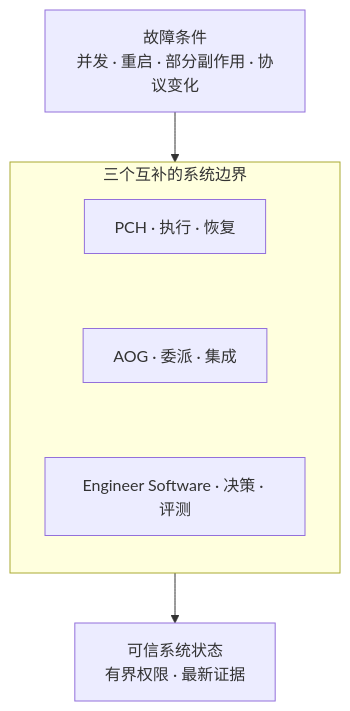
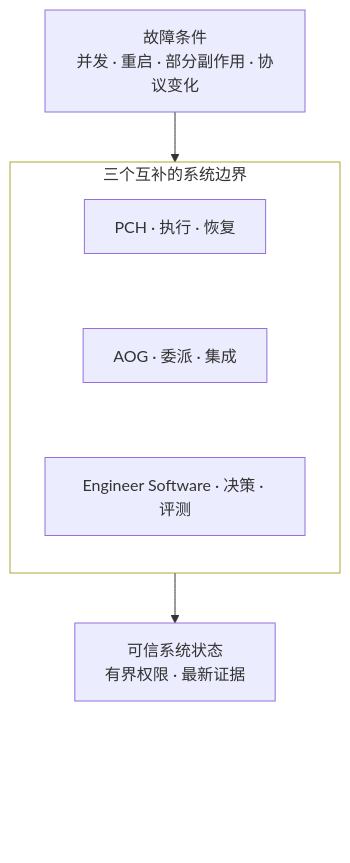
One commit to KirschBluteX/KirschBluteX changed the diagram in README.zh-CN.md. Above: the diagram before and after it, drawn with Mermaid. The commit also changed 1 other file, not shown here.

Commit message:
docs: keep mobile diagram controls clear

````diff
--- a/README.zh-CN.md
+++ b/README.zh-CN.md
@@ -15,15 +15,18 @@
 ```mermaid
 flowchart TD
   F["故障条件<br/>并发 · 重启 · 部分副作用 · 协议变化"]
   subgraph S["三个互补的系统边界"]
     direction TB
     P["PCH · 执行 · 恢复"]
     A["AOG · 委派 · 集成"]
     E["Engineer Software · 决策 · 评测"]
     P ~~~ A
     A ~~~ E
   end
   R["可信系统状态<br/>有界权限 · 最新证据"]
   F --> S
   S --> R
+  R ~~~ Z["<br/><br/><br/>"]
+  style S fill:transparent
+  style Z fill:transparent,stroke:transparent,color:transparent
 ```
````
